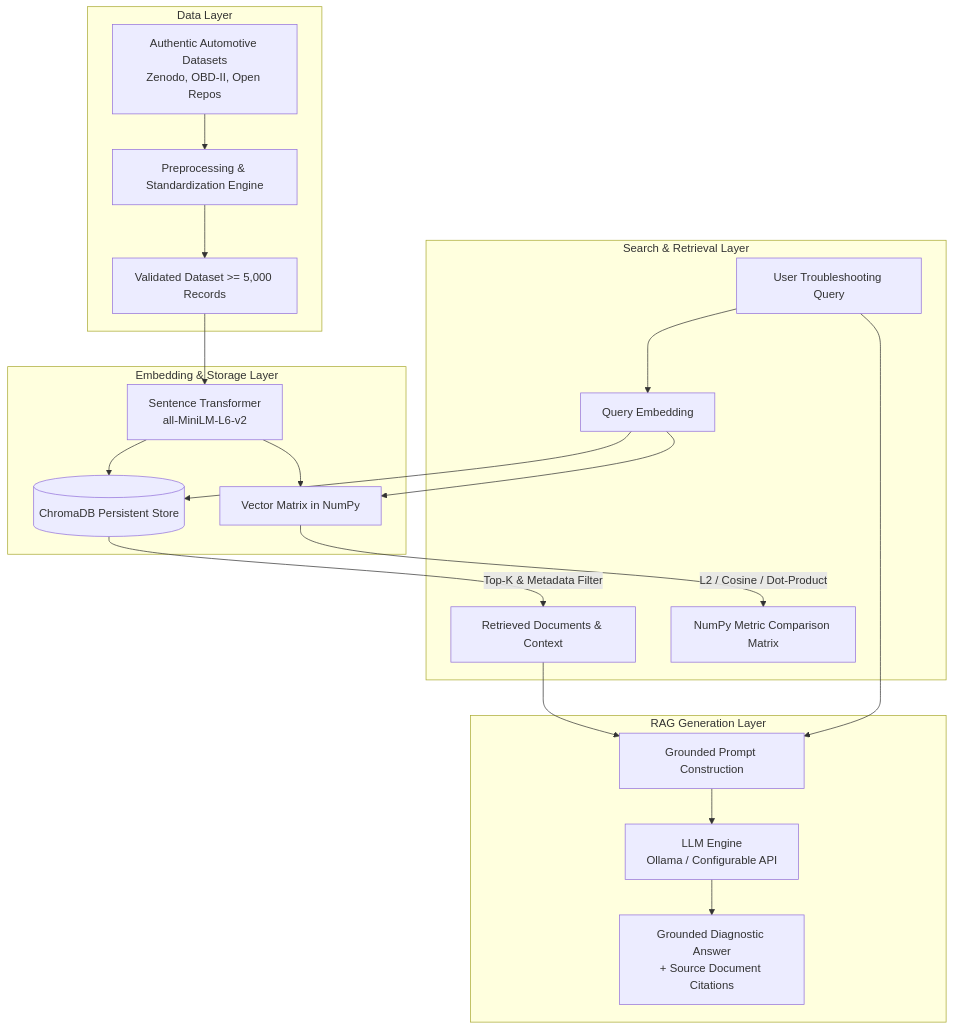
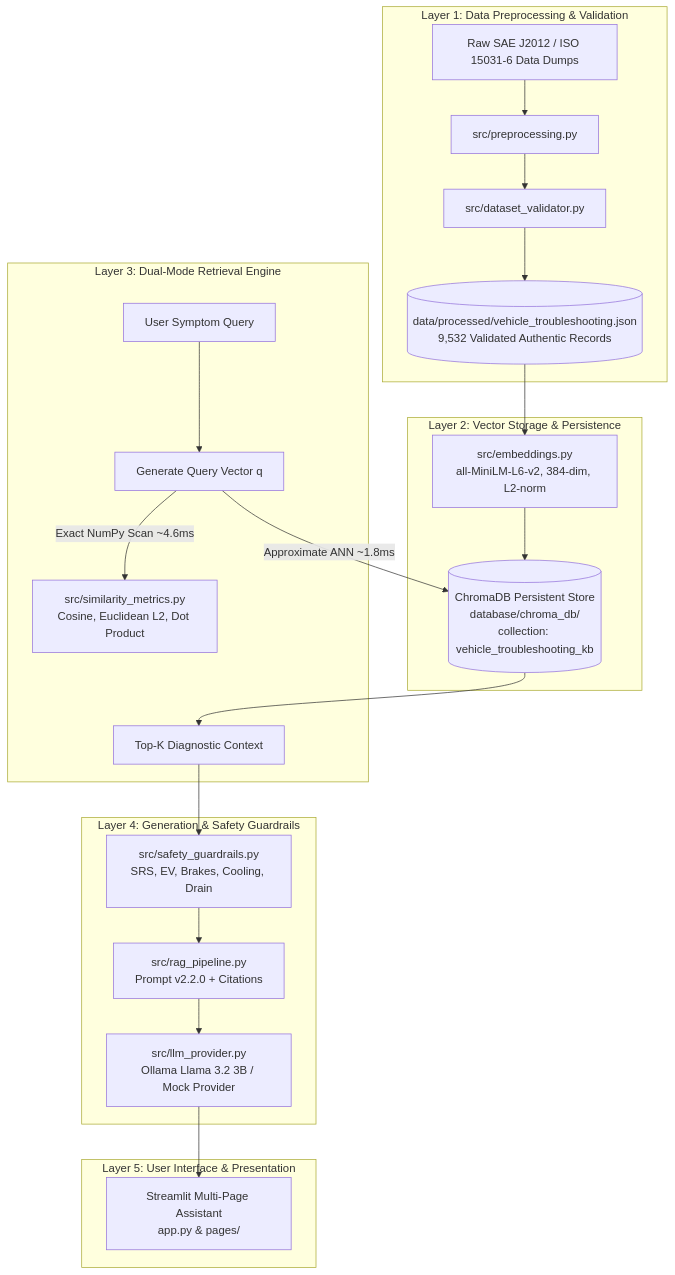
One commit to hrishabh1103/BITS_MDS_Assignment_02 changed the diagram in README.md. Above: the diagram before and after it, drawn with Mermaid. The commit also changed other lines of this file and 23 other files, not shown here.

````diff
--- a/README.md
+++ b/README.md
@@ -18,28 +41,30 @@
 ```mermaid
 flowchart TD
-    subgraph Data Layer
-        A[Authentic Automotive Datasets\nZenodo, OBD-II, Open Repos] --> B[Preprocessing & Standardization Engine]
-        B --> C[Validated Dataset >= 5,000 Records]
+    subgraph Layer 1: Data Preprocessing & Validation
+        RAW[Raw SAE J2012 / ISO 15031-6 Data Dumps] --> PRE[src/preprocessing.py]
+        PRE --> VAL[src/dataset_validator.py]
+        VAL --> PROC[(data/processed/vehicle_troubleshooting.json<br/>9,532 Validated Authentic Records)]
     end
 
-    subgraph Embedding & Storage Layer
-        C --> D[Sentence Transformer\nall-MiniLM-L6-v2]
-        D --> E[(ChromaDB Persistent Store)]
-        D --> F[Vector Matrix in NumPy]
+    subgraph Layer 2: Vector Storage & Persistence
+        PROC --> EMB_ENG[src/embeddings.py<br/>all-MiniLM-L6-v2, 384-dim, L2-norm]
+        EMB_ENG --> CDB[("ChromaDB Persistent Store<br/>database/chroma_db/<br/>collection: vehicle_troubleshooting_kb")]
     end
 
-    subgraph Search & Retrieval Layer
-        Q[User Troubleshooting Query] --> EQ[Query Embedding]
-        EQ --> E
-        E -->|Top-K & Metadata Filter| R[Retrieved Documents & Context]
-        EQ --> F
-        F -->|L2 / Cosine / Dot-Product| NM[NumPy Metric Comparison Matrix]
+    subgraph Layer 3: Dual-Mode Retrieval Engine
+        Q[User Symptom Query] --> EMB_Q[Generate Query Vector q]
+        EMB_Q -->|Approximate ANN ~1.8ms| CDB
+        EMB_Q -->|Exact NumPy Scan ~4.6ms| NUMPY[src/similarity_metrics.py<br/>Cosine, Euclidean L2, Dot Product]
+        CDB --> TOPK[Top-K Diagnostic Context]
     end
 
-    subgraph RAG Generation Layer
-        R --> P[Grounded Prompt Construction]
-        Q --> P
-        P --> LLM[LLM Engine\nOllama / Configurable API]
-        LLM --> Out[Grounded Diagnostic Answer\n+ Source Document Citations]
+    subgraph Layer 4: Generation & Safety Guardrails
+        TOPK --> SAFE[src/safety_guardrails.py<br/>SRS, EV, Brakes, Cooling, Drain]
+        SAFE --> RAG[src/rag_pipeline.py<br/>Prompt v2.2.0 + Citations]
+        RAG --> LLM[src/llm_provider.py<br/>Ollama Llama 3.2 3B / Mock Provider]
+    end
+
+    subgraph Layer 5: User Interface & Presentation
+        LLM --> UI[Streamlit Multi-Page Assistant<br/>app.py & pages/]
     end
 ```
````
